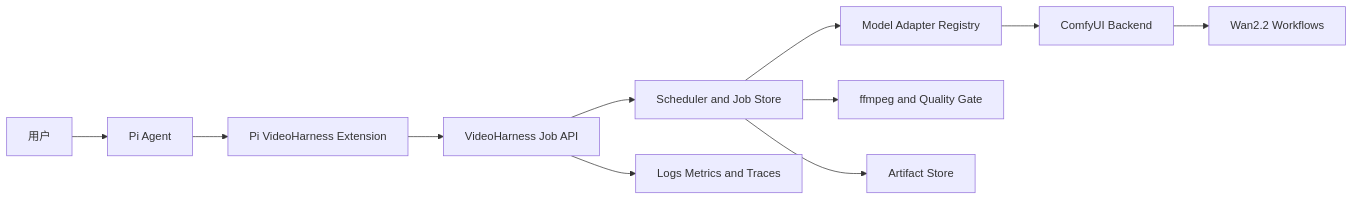
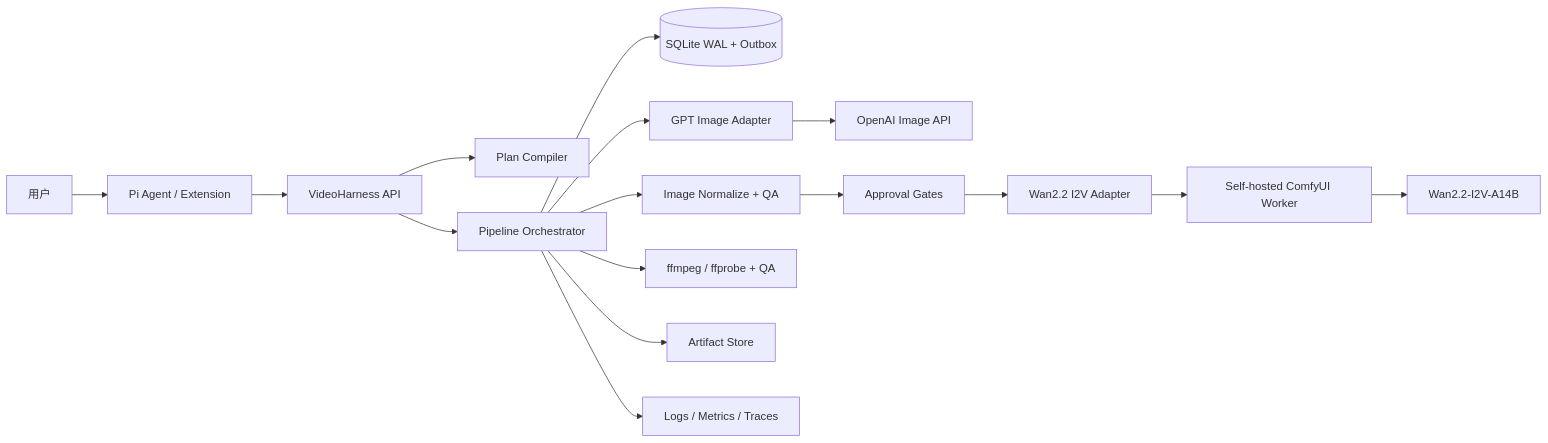
One commit to qinyh10300/pi-video-harness changed the diagram in README.md. Above: the diagram before and after it, drawn with Mermaid. The commit also changed other lines of this file and 115 other files, not shown here.

Commit message:
feat: implement offline image-to-video pipeline

````diff
--- a/README.md
+++ b/README.md
@@ -100,13 +154,18 @@
 ```mermaid
 flowchart LR
-    User[用户] --> Pi[Pi Agent]
-    Pi --> Ext[Pi VideoHarness Extension]
-    Ext --> API[VideoHarness Job API]
-    API --> Queue[Scheduler and Job Store]
-    Queue --> Registry[Model Adapter Registry]
-    Registry --> Comfy[ComfyUI Backend]
-    Comfy --> Wan[Wan2.2 Workflows]
-    Queue --> Media[ffmpeg and Quality Gate]
-    Queue --> Artifacts[Artifact Store]
-    API --> Telemetry[Logs Metrics and Traces]
+    User[用户] --> Pi[Pi Agent / Extension]
+    Pi --> API[VideoHarness API]
+    API --> Planner[Plan Compiler]
+    API --> Pipeline[Pipeline Orchestrator]
+    Pipeline --> Store[(SQLite WAL + Outbox)]
+    Pipeline --> ImageAdapter[GPT Image Adapter]
+    ImageAdapter --> OpenAI[OpenAI Image API]
+    Pipeline --> ImageQA[Image Normalize + QA]
+    ImageQA --> Gates[Approval Gates]
+    Gates --> WanAdapter[Wan2.2 I2V Adapter]
+    WanAdapter --> Comfy[Self-hosted ComfyUI Worker]
+    Comfy --> A14B[Wan2.2-I2V-A14B]
+    Pipeline --> VideoQA[ffmpeg / ffprobe + QA]
+    Pipeline --> Artifacts[Artifact Store]
+    Pipeline --> Telemetry[Logs / Metrics / Traces]
 ```
````
